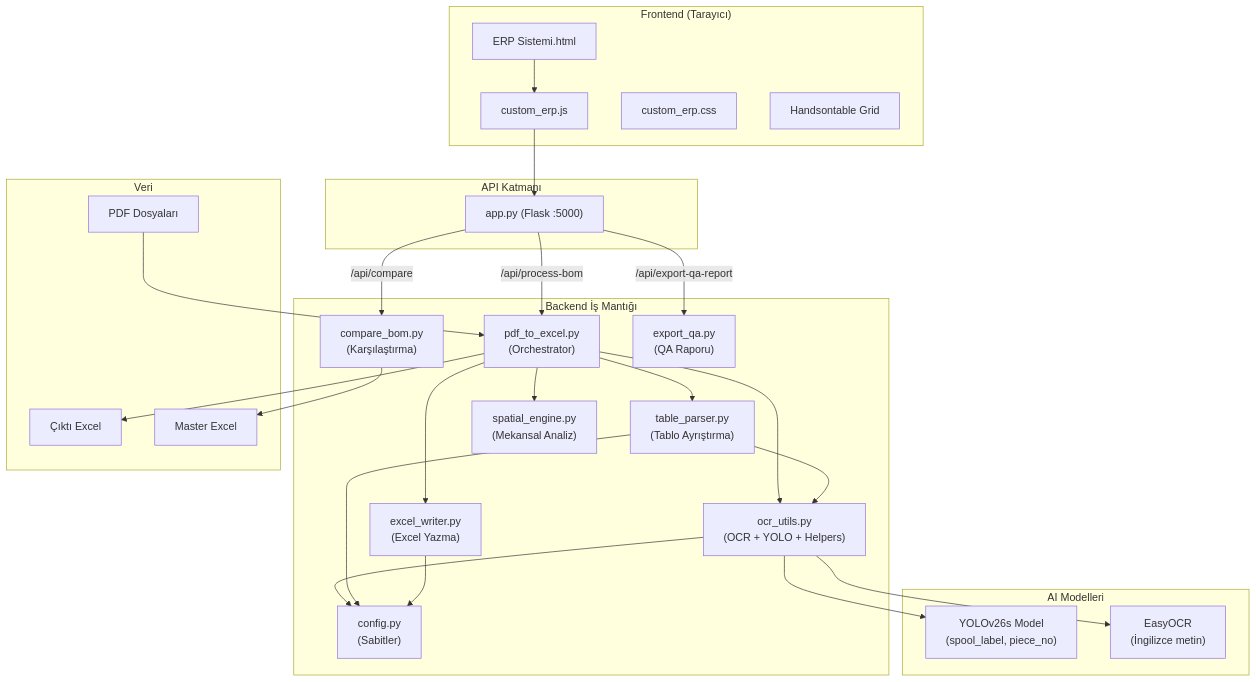
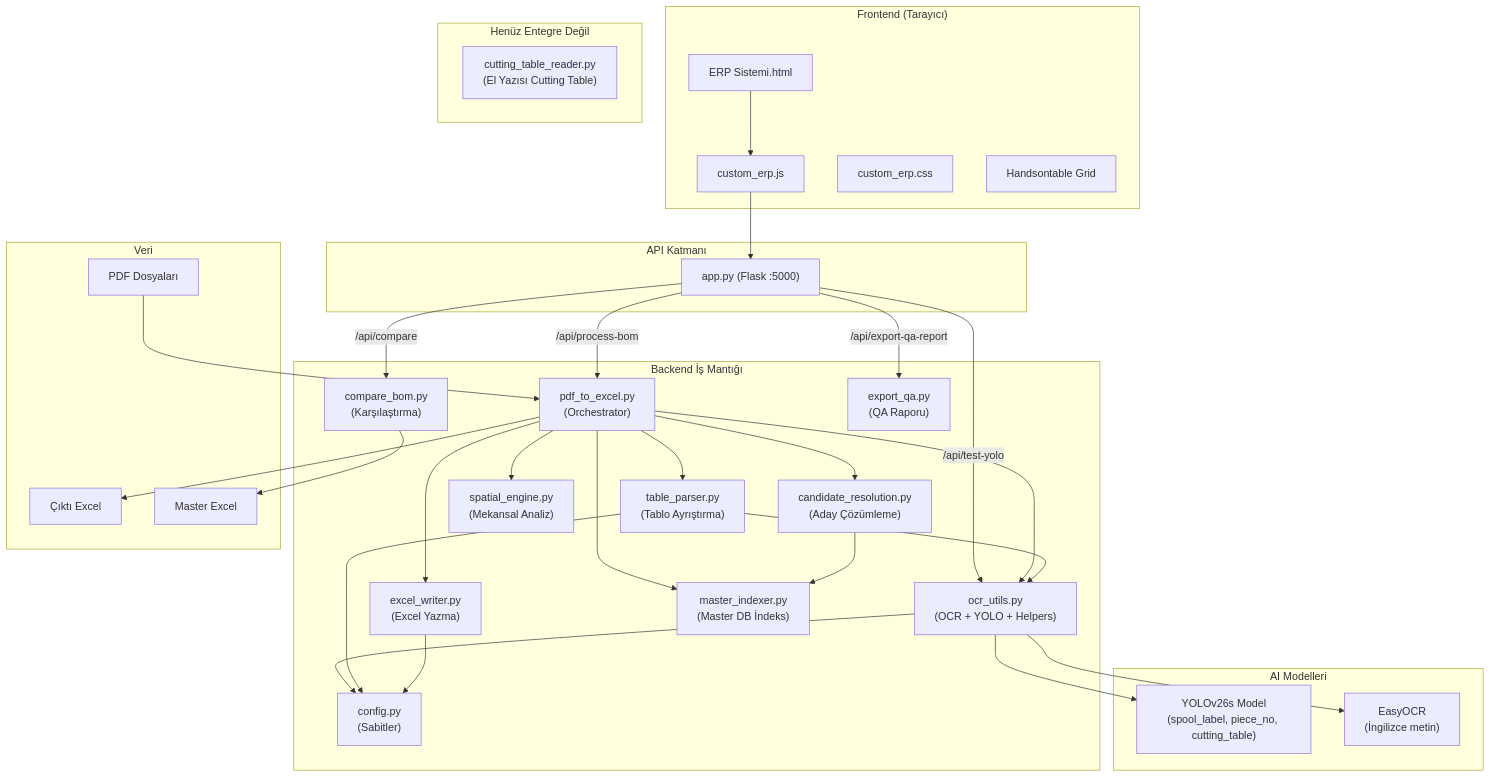
The first of 3 diagrams in ARCHITECTURE.md (burakdgdvrn/AutoBOM), drawn with Mermaid before and after one commit. The commit also changed other lines of this file and 13 other files, not shown here.

````diff
--- a/ARCHITECTURE.md
+++ b/ARCHITECTURE.md
@@ -85,58 +107,68 @@
 ```mermaid
 graph TD
     subgraph "Frontend (Tarayıcı)"
         HTML["ERP Sistemi.html"]
         JS["custom_erp.js"]
         CSS["custom_erp.css"]
         HT["Handsontable Grid"]
     end
 
     subgraph "API Katmanı"
         APP["app.py (Flask :5000)"]
     end
 
     subgraph "Backend İş Mantığı"
         PDF["pdf_to_excel.py<br/>(Orchestrator)"]
         CFG["config.py<br/>(Sabitler)"]
         OCR["ocr_utils.py<br/>(OCR + YOLO + Helpers)"]
         TP["table_parser.py<br/>(Tablo Ayrıştırma)"]
         EW["excel_writer.py<br/>(Excel Yazma)"]
         SE["spatial_engine.py<br/>(Mekansal Analiz)"]
+        CR["candidate_resolution.py<br/>(Aday Çözümleme)"]
+        MI["master_indexer.py<br/>(Master DB İndeks)"]
         CB["compare_bom.py<br/>(Karşılaştırma)"]
         QA["export_qa.py<br/>(QA Raporu)"]
     end
 
+    subgraph "Henüz Entegre Değil"
+        CTR["cutting_table_reader.py<br/>(El Yazısı Cutting Table)"]
+    end
+
     subgraph "AI Modelleri"
-        YOLO["YOLOv26s Model<br/>(spool_label, piece_no)"]
+        YOLO["YOLOv26s Model<br/>(spool_label, piece_no, cutting_table)"]
         EOCR["EasyOCR<br/>(İngilizce metin)"]
     end
 
     subgraph "Veri"
         PDFS["PDF Dosyaları"]
         XLSX["Çıktı Excel"]
         MASTER["Master Excel"]
     end
 
     HTML --> JS
     JS --> APP
     APP -->|"/api/process-bom"| PDF
     APP -->|"/api/compare"| CB
     APP -->|"/api/export-qa-report"| QA
+    APP -->|"/api/test-yolo"| OCR
 
     PDF --> OCR
     PDF --> TP
     PDF --> EW
     PDF --> SE
+    PDF --> CR
+    PDF --> MI
+    CR --> MI
 
     OCR --> CFG
     TP --> CFG
     TP --> OCR
     EW --> CFG
 
     OCR --> EOCR
     OCR --> YOLO
 
     PDFS --> PDF
     PDF --> XLSX
     CB --> MASTER
 ```
````
